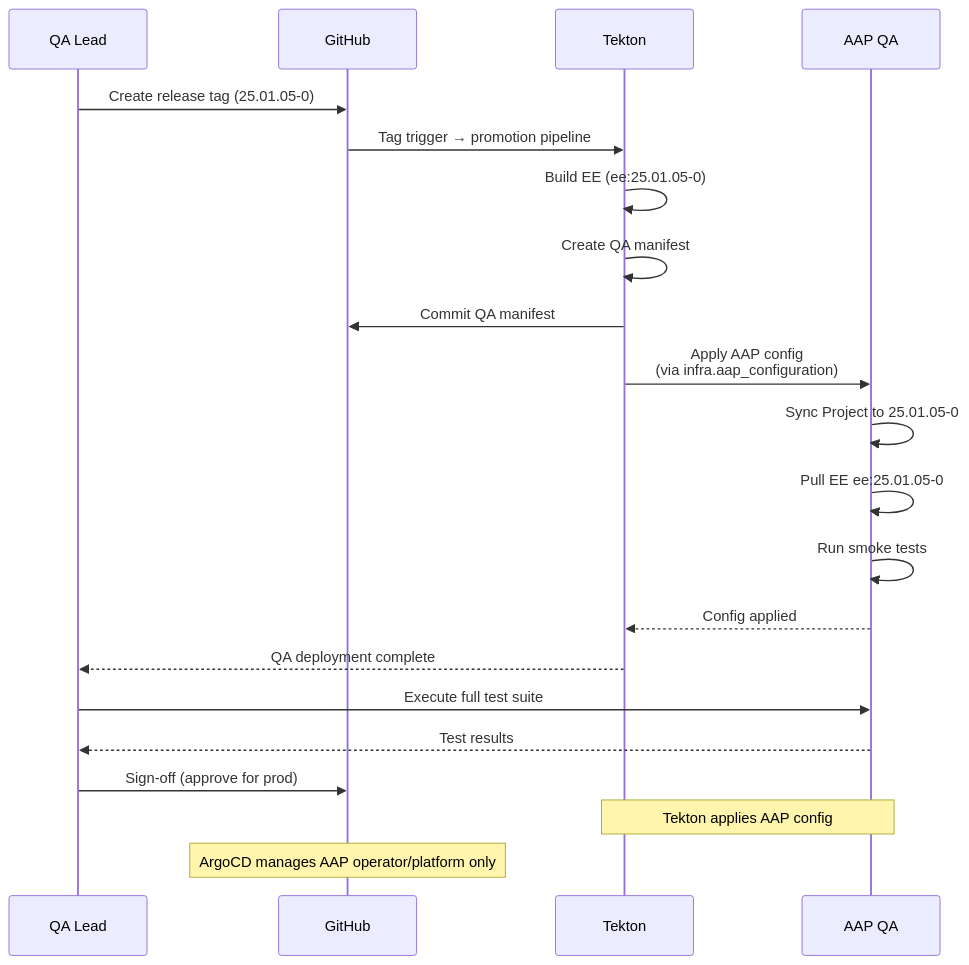
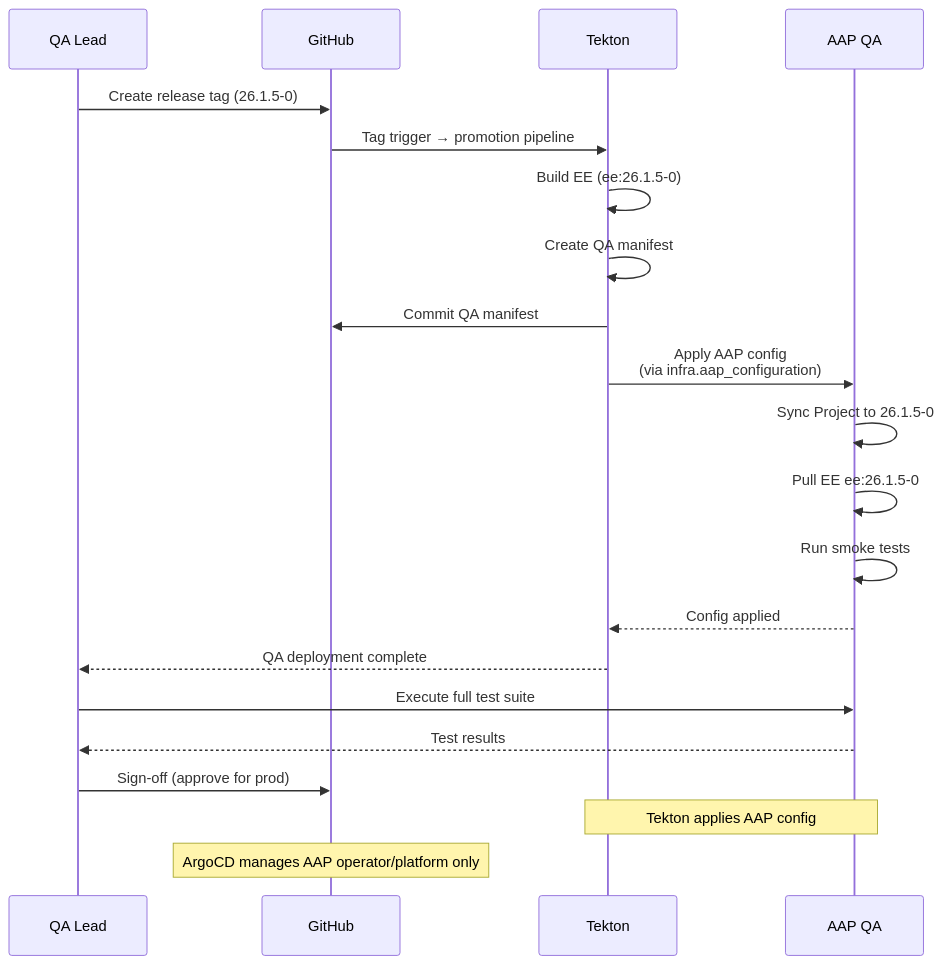
The fifth of 17 diagrams in docs/diagrams/PROMOTION-FLOW.md (djdanielsson/rh1-docs), drawn with Mermaid before and after one commit. The commit also changed other lines of this file and 15 other files, not shown here.

````diff
--- a/docs/diagrams/PROMOTION-FLOW.md
+++ b/docs/diagrams/PROMOTION-FLOW.md
@@ -281,28 +281,28 @@
 ```mermaid
 sequenceDiagram
     participant QA_Lead as QA Lead
     participant GH as GitHub
     participant Tek as Tekton
     participant AAP_Q as AAP QA
 
-    QA_Lead->>GH: Create release tag (25.01.05-0)
+    QA_Lead->>GH: Create release tag (26.1.5-0)
     GH->>Tek: Tag trigger → promotion pipeline
 
-    Tek->>Tek: Build EE (ee:25.01.05-0)
+    Tek->>Tek: Build EE (ee:26.1.5-0)
     Tek->>Tek: Create QA manifest
     Tek->>GH: Commit QA manifest
 
     Tek->>AAP_Q: Apply AAP config<br/>(via infra.aap_configuration)
-    AAP_Q->>AAP_Q: Sync Project to 25.01.05-0
-    AAP_Q->>AAP_Q: Pull EE ee:25.01.05-0
+    AAP_Q->>AAP_Q: Sync Project to 26.1.5-0
+    AAP_Q->>AAP_Q: Pull EE ee:26.1.5-0
     AAP_Q->>AAP_Q: Run smoke tests
     AAP_Q-->>Tek: Config applied
     Tek-->>QA_Lead: QA deployment complete
 
     QA_Lead->>AAP_Q: Execute full test suite
     AAP_Q-->>QA_Lead: Test results
     QA_Lead->>GH: Sign-off (approve for prod)
 
     Note over Tek,AAP_Q: Tekton applies AAP config
     Note over GH: ArgoCD manages AAP operator/platform only
 ```
````
